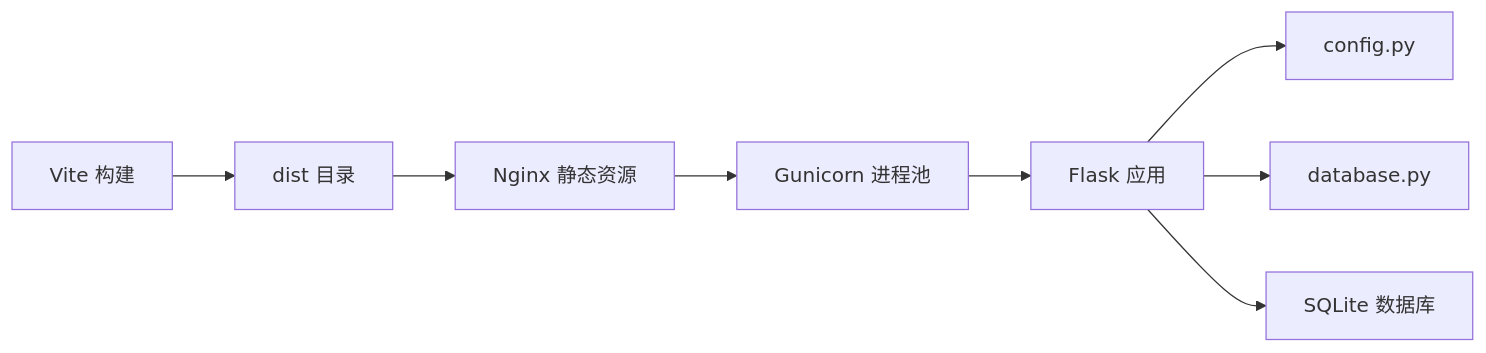
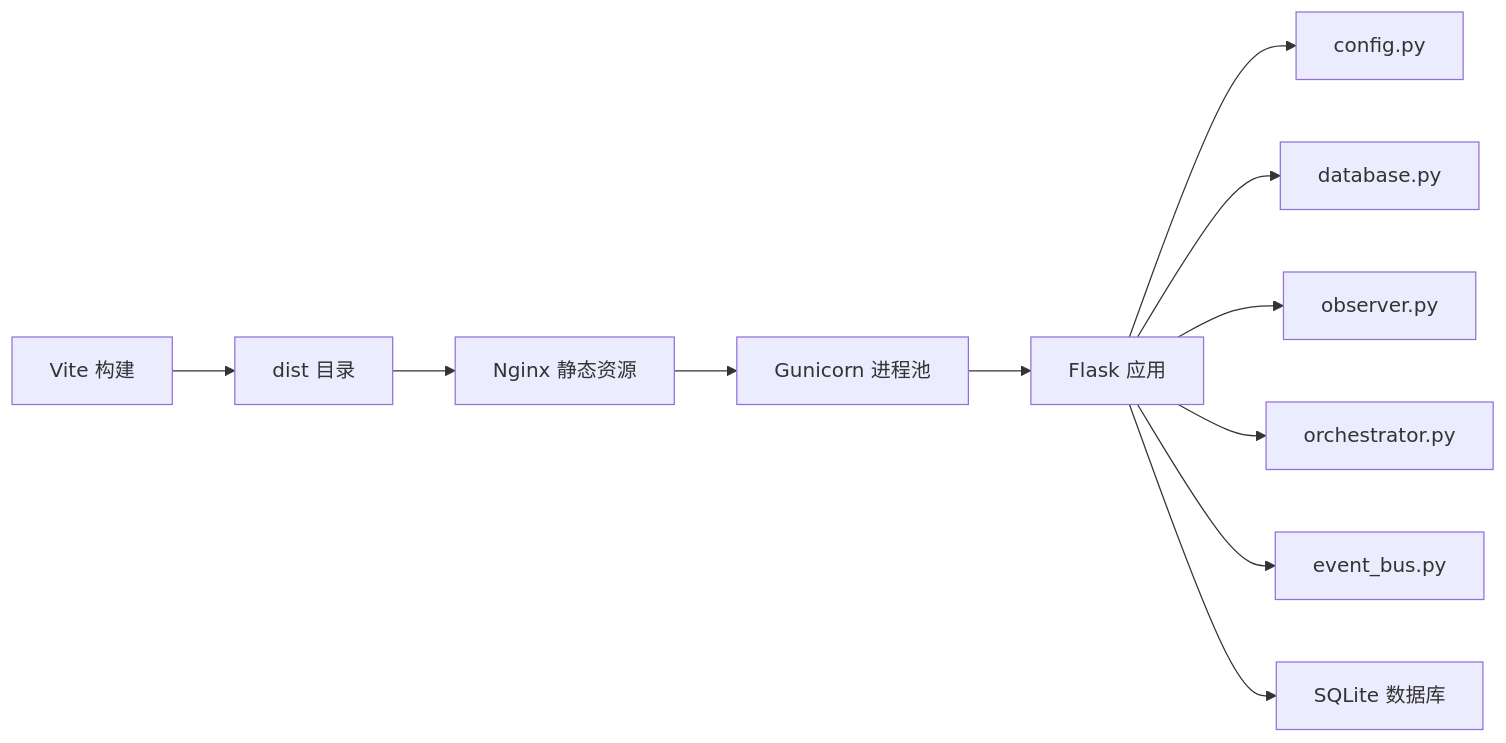
One commit to GDY-ai/ainstein changed the eighth of 8 diagrams in .qoder/repowiki/zh/content/系统架构/部署架构.md. Above: the diagram before and after it, drawn with Mermaid. The commit also changed other lines of this file and 47 other files, not shown here.

````diff
--- a/.qoder/repowiki/zh/content/系统架构/部署架构.md
+++ b/.qoder/repowiki/zh/content/系统架构/部署架构.md
@@ -320,10 +415,13 @@
 ```mermaid
 graph LR
 Vite["Vite 构建"] --> Dist["dist 目录"]
 Dist --> Nginx["Nginx 静态资源"]
 Nginx --> Gunicorn["Gunicorn 进程池"]
 Gunicorn --> Flask["Flask 应用"]
 Flask --> Config["config.py"]
 Flask --> DB["database.py"]
+Flask --> Observer["observer.py"]
+Flask --> ATA["orchestrator.py"]
+Flask --> EventBus["event_bus.py"]
 Flask --> SQLite["SQLite 数据库"]
 ```
````
